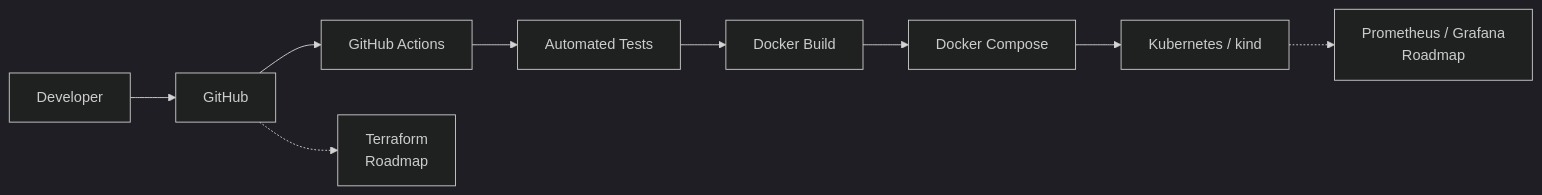
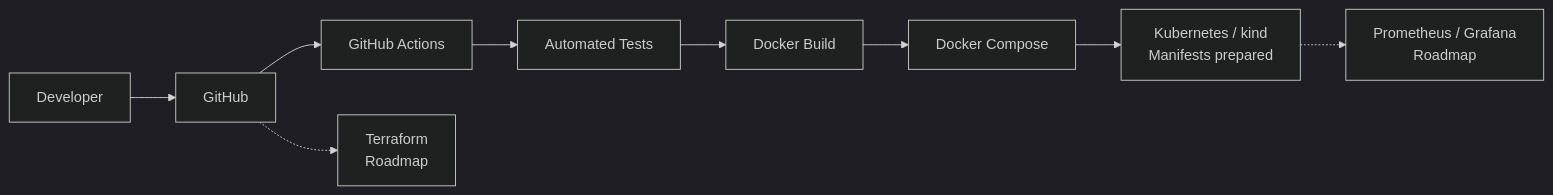
One commit to Awab7-ux/Awab7-ux changed the fourth of 5 diagrams in README.md. Above: the diagram before and after it, drawn with Mermaid (dark theme). The commit also changed other lines of this file, not shown here.

````diff
--- a/README.md
+++ b/README.md
@@ -189,11 +163,11 @@
 ```mermaid
 flowchart LR
     DEV["Developer"] --> GIT["GitHub"]
     GIT --> CI["GitHub Actions"]
     CI --> TEST["Automated Tests"]
     TEST --> BUILD["Docker Build"]
     BUILD --> COMPOSE["Docker Compose"]
-    COMPOSE --> K8["Kubernetes / kind"]
+    COMPOSE --> K8["Kubernetes / kind<br/>Manifests prepared"]
     K8 -.-> MON["Prometheus / Grafana<br/>Roadmap"]
     GIT -.-> TF["Terraform<br/>Roadmap"]
 ```
````
